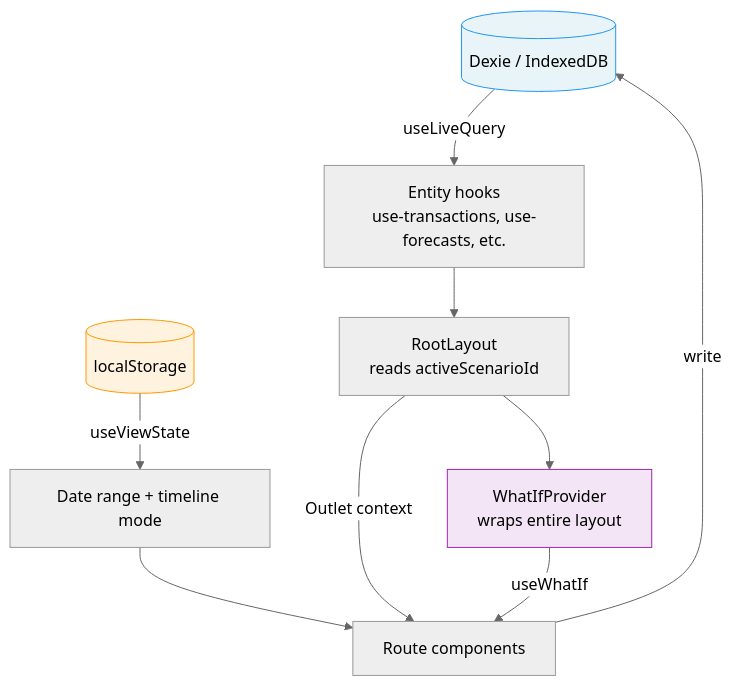
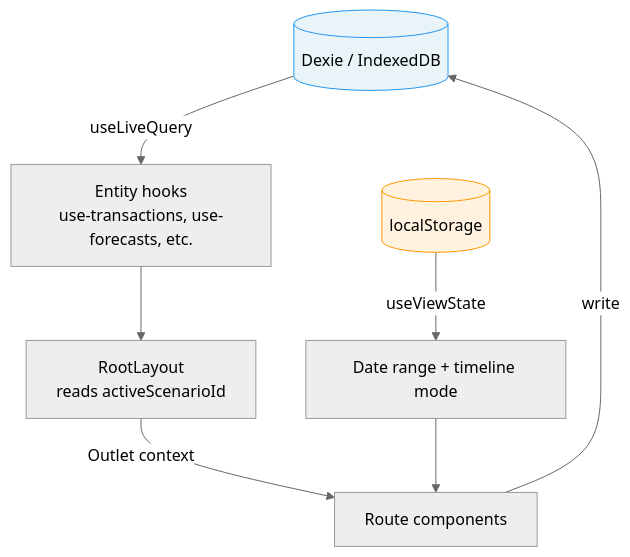
One commit to benschem/safelyspend changed the second of 3 diagrams in docs/reference/ARCHITECTURE.md. Above: the diagram before and after it, drawn with Mermaid (neutral theme). The commit also changed other lines of this file and 15 other files, not shown here.

````diff
--- a/docs/reference/ARCHITECTURE.md
+++ b/docs/reference/ARCHITECTURE.md
@@ -179,22 +178,18 @@
 ```mermaid
 flowchart TD
     DB[(Dexie / IndexedDB)]
     LS[(localStorage)]
 
     DB -->|useLiveQuery| HOOKS[Entity hooks\nuse-transactions, use-forecasts, etc.]
     LS -->|useViewState| VS[Date range + timeline mode]
 
     HOOKS --> RL[RootLayout\nreads activeScenarioId]
     RL -->|Outlet context| ROUTES[Route components]
 
     VS --> ROUTES
 
-    RL --> WIP[WhatIfProvider\nwraps entire layout]
-    WIP -->|useWhatIf| ROUTES
-
     ROUTES -->|write| DB
 
     style DB fill:#e8f4f8,stroke:#2196F3
     style LS fill:#fff3e0,stroke:#FF9800
-    style WIP fill:#f3e5f5,stroke:#9C27B0
 ```
````
